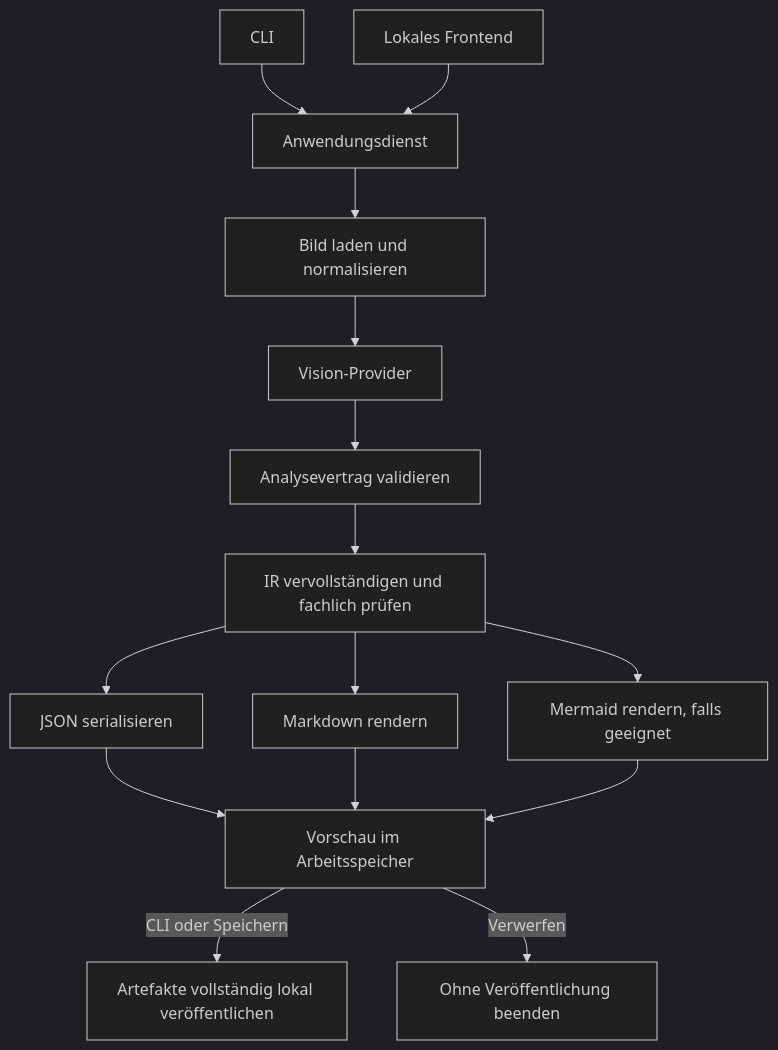
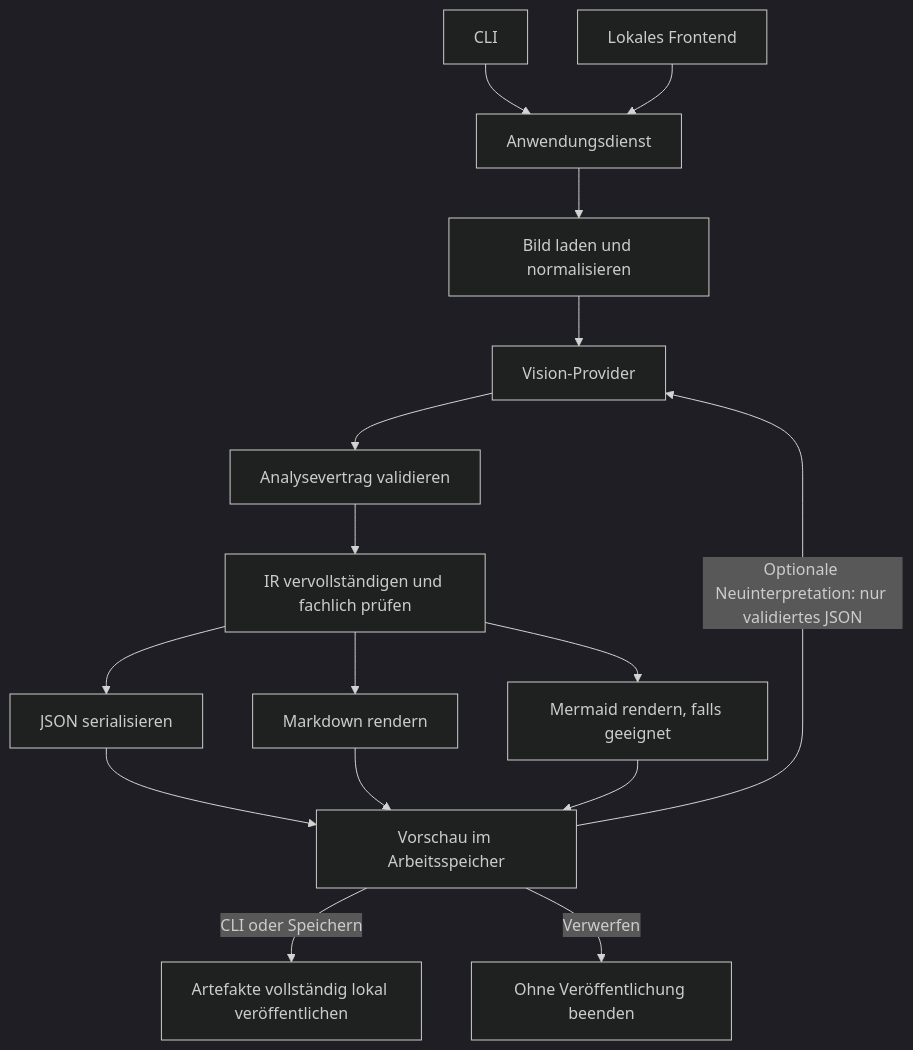
One commit to Sebastian1981/Notes2StructureAI changed the diagram in docs/architecture.md. Above: the diagram before and after it, drawn with Mermaid (dark theme). The commit also changed other lines of this file and 16 other files, not shown here.

Commit message:
analyze once and reinterpret diagrams

````diff
--- a/docs/architecture.md
+++ b/docs/architecture.md
@@ -24,17 +24,18 @@
 ```mermaid
 flowchart TD
     CLI[CLI] --> APP[Anwendungsdienst]
     UI[Lokales Frontend] --> APP
     APP --> LOAD[Bild laden und normalisieren]
     LOAD --> PROVIDER[Vision-Provider]
     PROVIDER --> VALIDATE[Analysevertrag validieren]
     VALIDATE --> IR[IR vervollständigen und fachlich prüfen]
     IR --> JSON[JSON serialisieren]
     IR --> MD[Markdown rendern]
     IR --> MMD[Mermaid rendern, falls geeignet]
     JSON --> PREVIEW[Vorschau im Arbeitsspeicher]
     MD --> PREVIEW
     MMD --> PREVIEW
     PREVIEW -->|CLI oder Speichern| WRITE[Artefakte vollständig lokal veröffentlichen]
     PREVIEW -->|Verwerfen| DROP[Ohne Veröffentlichung beenden]
+    PREVIEW -->|Optionale Neuinterpretation: nur validiertes JSON| PROVIDER
 ```
````
